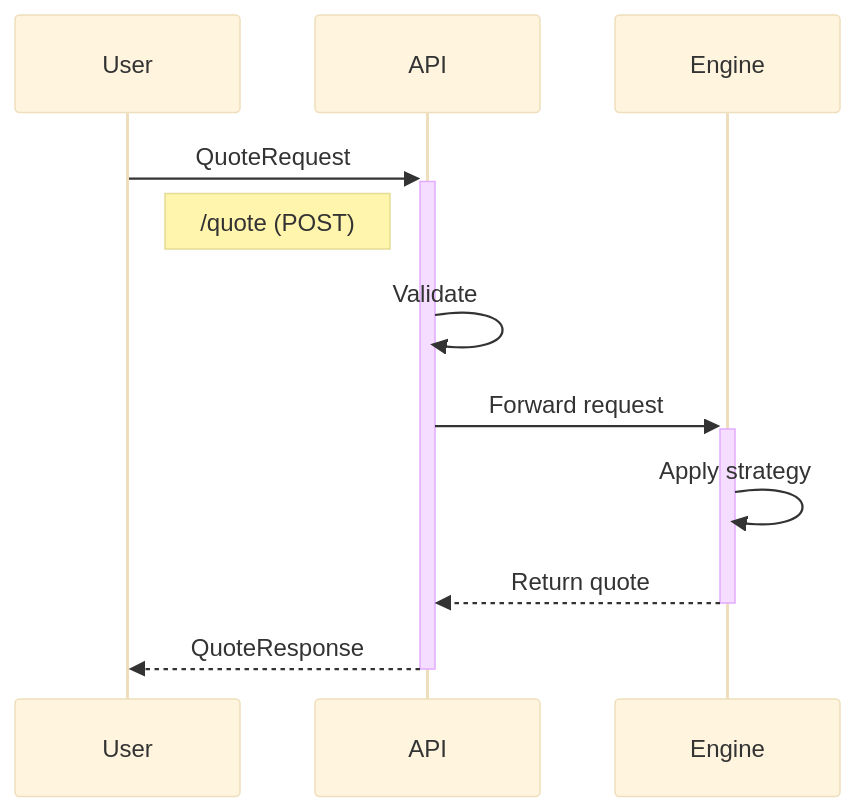
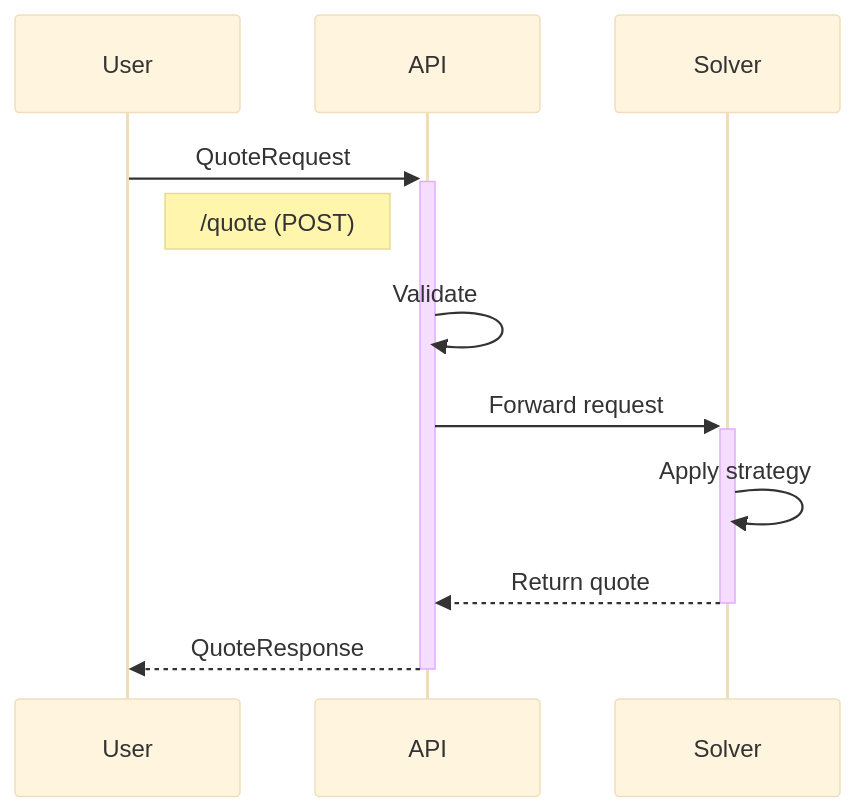
The first of 2 diagrams in README.md (aori-io/aori-ts), drawn with Mermaid (base theme) before and after one commit. The commit also changed other lines of this file, not shown here.

````diff
--- a/README.md
+++ b/README.md
@@ -40,13 +40,13 @@
 ```mermaid
 sequenceDiagram
     participant U as User
     participant API
-    participant E as Engine
+    participant E as Solver
     U->>+API: QuoteRequest
     note right of U: /quote (POST)
     API->>API: Validate
     API->>+E: Forward request
     E->>E: Apply strategy
     E-->>-API: Return quote
     API-->>-U: QuoteResponse
 ```
````
